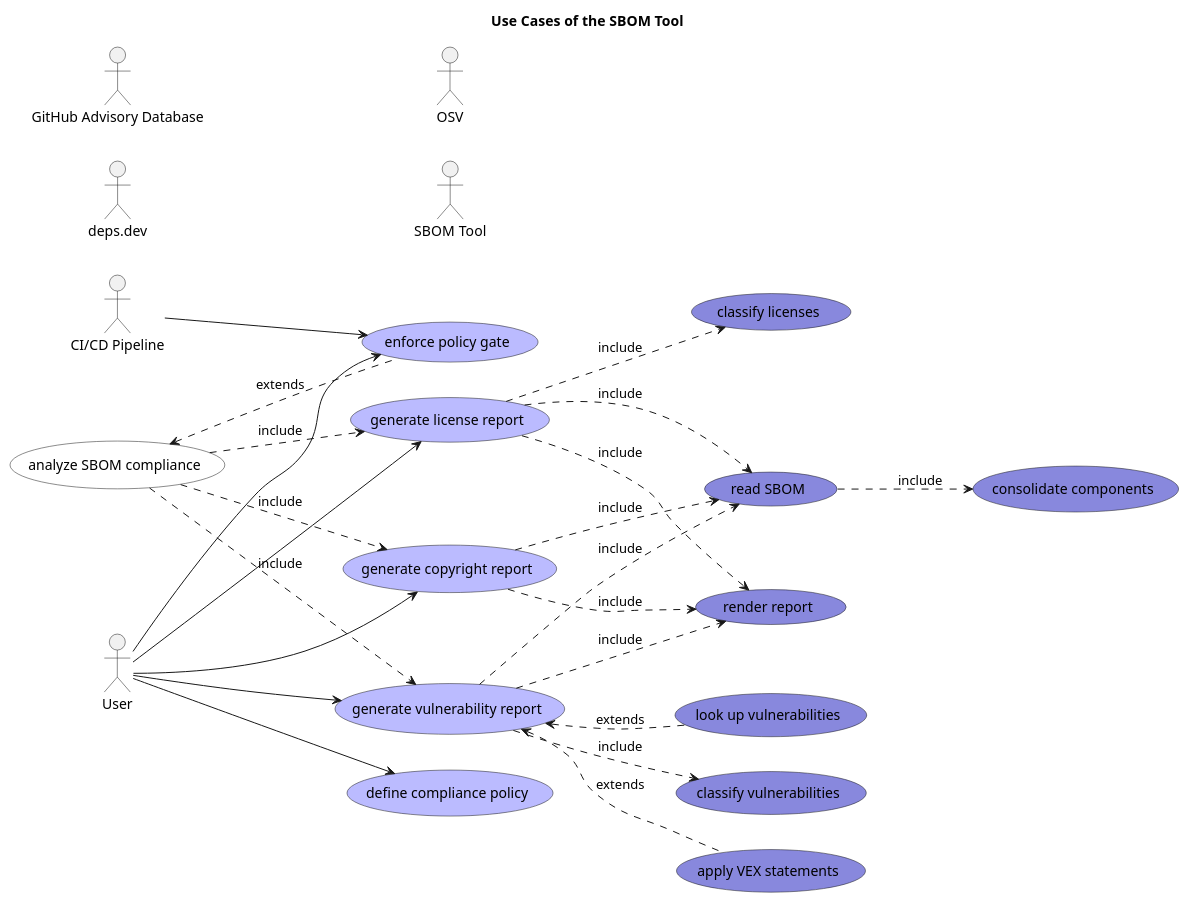
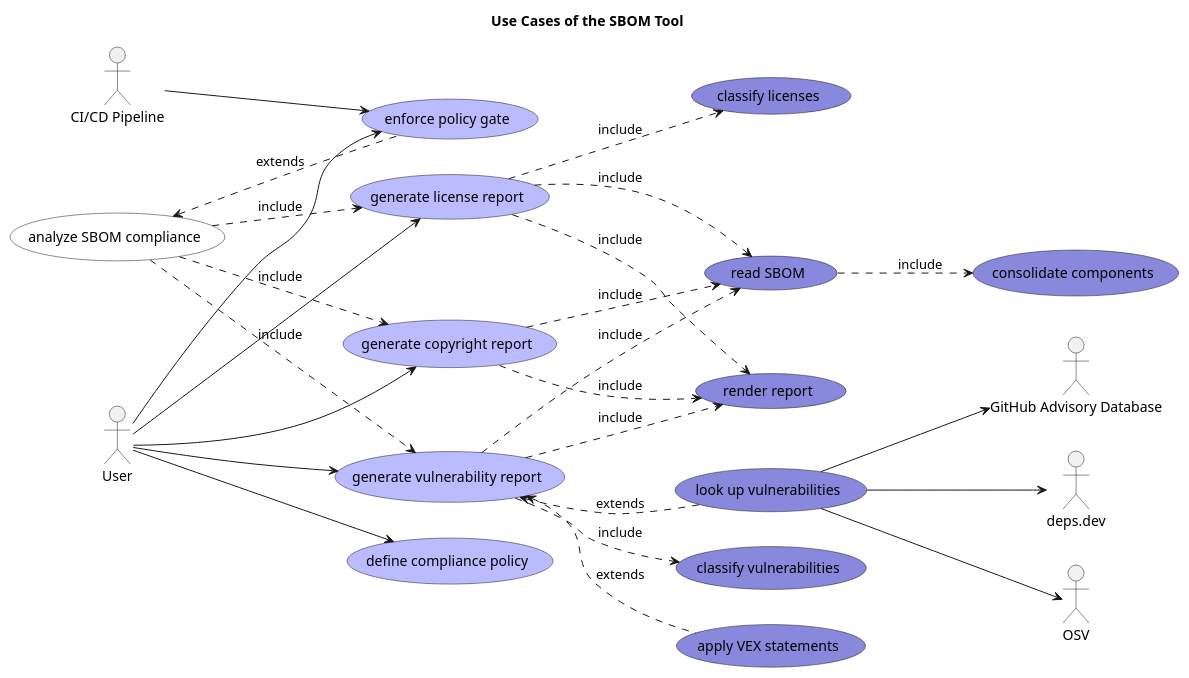
Before and after one commit to lsolbach/sbom-tool: the diagram in docs/sbom-tool/use-case-view.puml, drawn with PlantUML. The commit also changed 14 other files, not shown here.

```diff
--- a/docs/sbom-tool/use-case-view.puml
+++ b/docs/sbom-tool/use-case-view.puml
@@ -1,44 +1,46 @@
 @startuml use-case-view
 left to right direction
 title Use Cases of the SBOM Tool
 usecase "generate copyright report" as (sbomTool_usecase_generateCopyrightReport) #BBBBFF
 actor "GitHub Advisory Database" as sbomTool_githubAdvisory
 actor "deps.dev" as sbomTool_depsDev
 actor "CI/CD Pipeline" as sbomTool_ciPipeline
 actor "OSV" as sbomTool_osv
 usecase "analyze SBOM compliance" as (sbomTool_usecase_analyzeSbomCompliance) #FFFFFF
 usecase "look up vulnerabilities" as (sbomTool_usecase_lookupVulnerabilities) #8888DD
 actor "User" as sbomTool_user
 usecase "define compliance policy" as (sbomTool_usecase_defineCompliancePolicy) #BBBBFF
-actor "SBOM Tool" as sbomTool_sbomTool
 usecase "read SBOM" as (sbomTool_usecase_readSbom) #8888DD
 usecase "apply VEX statements" as (sbomTool_usecase_applyVexStatements) #8888DD
 usecase "consolidate components" as (sbomTool_usecase_consolidateComponents) #8888DD
 usecase "render report" as (sbomTool_usecase_renderReport) #8888DD
 usecase "enforce policy gate" as (sbomTool_usecase_enforcePolicyGate) #BBBBFF
 usecase "generate vulnerability report" as (sbomTool_usecase_generateVulnerabilityReport) #BBBBFF
 usecase "classify licenses" as (sbomTool_usecase_classifyLicenses) #8888DD
 usecase "generate license report" as (sbomTool_usecase_generateLicenseReport) #BBBBFF
 usecase "classify vulnerabilities" as (sbomTool_usecase_classifyVulnerabilities) #8888DD
 sbomTool_ciPipeline --> sbomTool_usecase_enforcePolicyGate
 sbomTool_user --> sbomTool_usecase_defineCompliancePolicy
 sbomTool_usecase_applyVexStatements .up.> sbomTool_usecase_generateVulnerabilityReport : extends
 sbomTool_usecase_generateCopyrightReport .down.> sbomTool_usecase_readSbom : include
 sbomTool_user --> sbomTool_usecase_enforcePolicyGate
 sbomTool_usecase_generateVulnerabilityReport .down.> sbomTool_usecase_classifyVulnerabilities : include
 sbomTool_user --> sbomTool_usecase_generateLicenseReport
 sbomTool_usecase_generateVulnerabilityReport .down.> sbomTool_usecase_readSbom : include
 sbomTool_usecase_analyzeSbomCompliance .down.> sbomTool_usecase_generateVulnerabilityReport : include
 sbomTool_usecase_readSbom .down.> sbomTool_usecase_consolidateComponents : include
 sbomTool_usecase_lookupVulnerabilities .up.> sbomTool_usecase_generateVulnerabilityReport : extends
 sbomTool_usecase_analyzeSbomCompliance .down.> sbomTool_usecase_generateLicenseReport : include
 sbomTool_usecase_generateCopyrightReport .down.> sbomTool_usecase_renderReport : include
+sbomTool_usecase_lookupVulnerabilities --> sbomTool_depsDev
 sbomTool_user --> sbomTool_usecase_generateCopyrightReport
 sbomTool_usecase_generateLicenseReport .down.> sbomTool_usecase_classifyLicenses : include
+sbomTool_usecase_lookupVulnerabilities --> sbomTool_githubAdvisory
 sbomTool_user --> sbomTool_usecase_generateVulnerabilityReport
 sbomTool_usecase_generateVulnerabilityReport .down.> sbomTool_usecase_renderReport : include
 sbomTool_usecase_enforcePolicyGate .up.> sbomTool_usecase_analyzeSbomCompliance : extends
+sbomTool_usecase_lookupVulnerabilities --> sbomTool_osv
 sbomTool_usecase_analyzeSbomCompliance .down.> sbomTool_usecase_generateCopyrightReport : include
 sbomTool_usecase_generateLicenseReport .down.> sbomTool_usecase_renderReport : include
 sbomTool_usecase_generateLicenseReport .down.> sbomTool_usecase_readSbom : include
 @enduml
```
